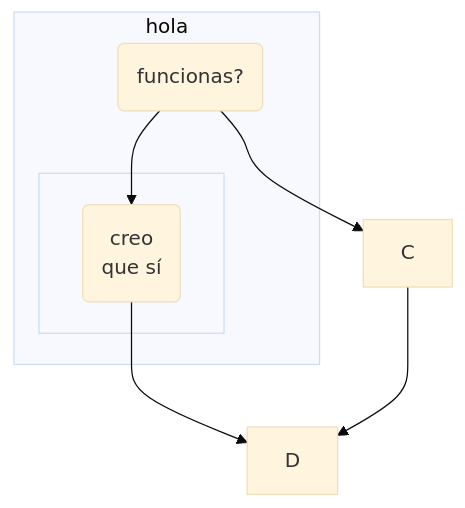
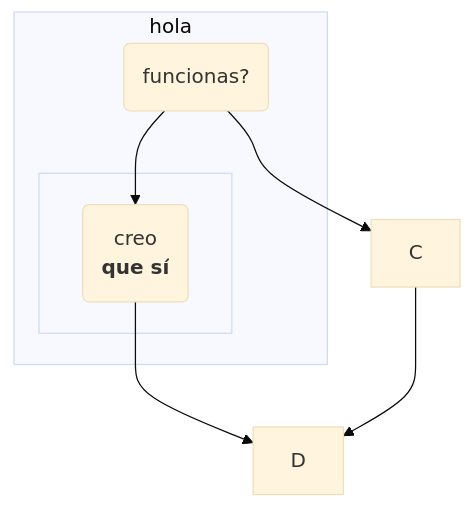
The diagram in README.md (MiguelEstebanG/diagram), drawn with Mermaid (base theme) before and after one commit.

````diff
--- a/README.md
+++ b/README.md
@@ -3,23 +3,23 @@
 ```mermaid
 
 graph TD;
 
     A-->B;
     A-->C;
     B-->D;
     C-->D;
 
     %%hola buenos días
     subgraph T[hola]
         A(funcionas?)
 
         subgraph G[ ]
             B(creo
-            que sí)
+            <b>que sí</b>)
         end
 
     end
 
     linkStyle default stroke-width: 1px;
 
 ```
````
